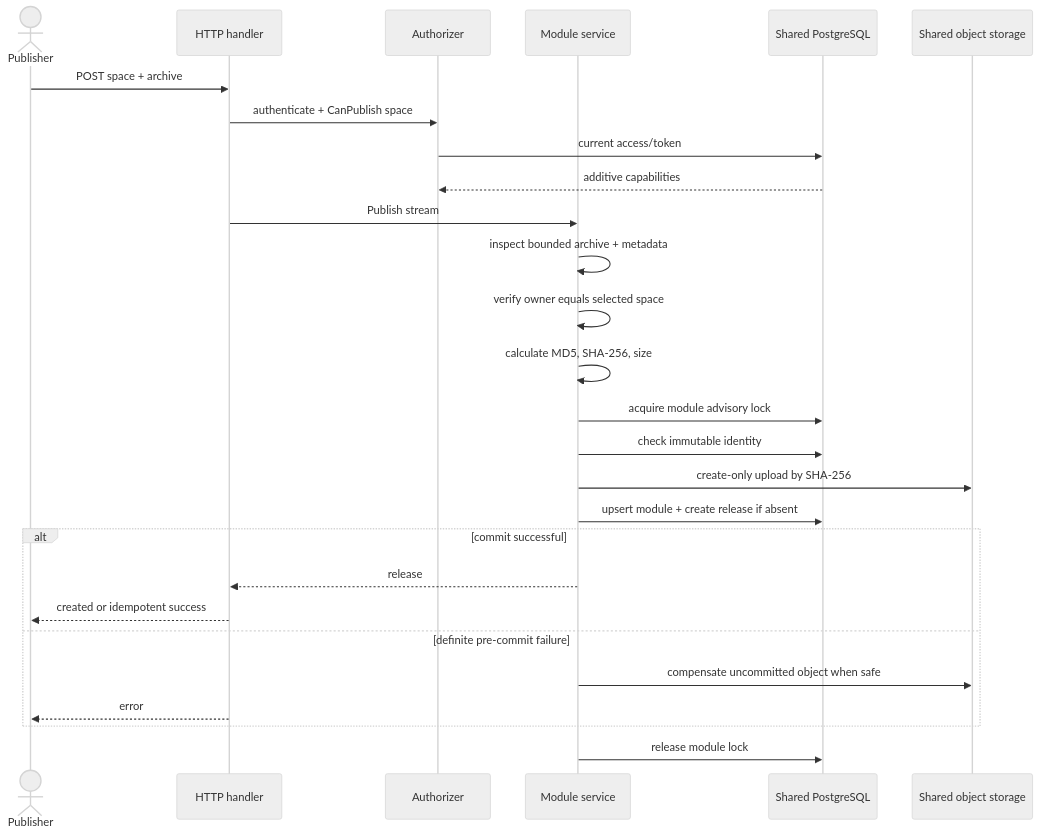
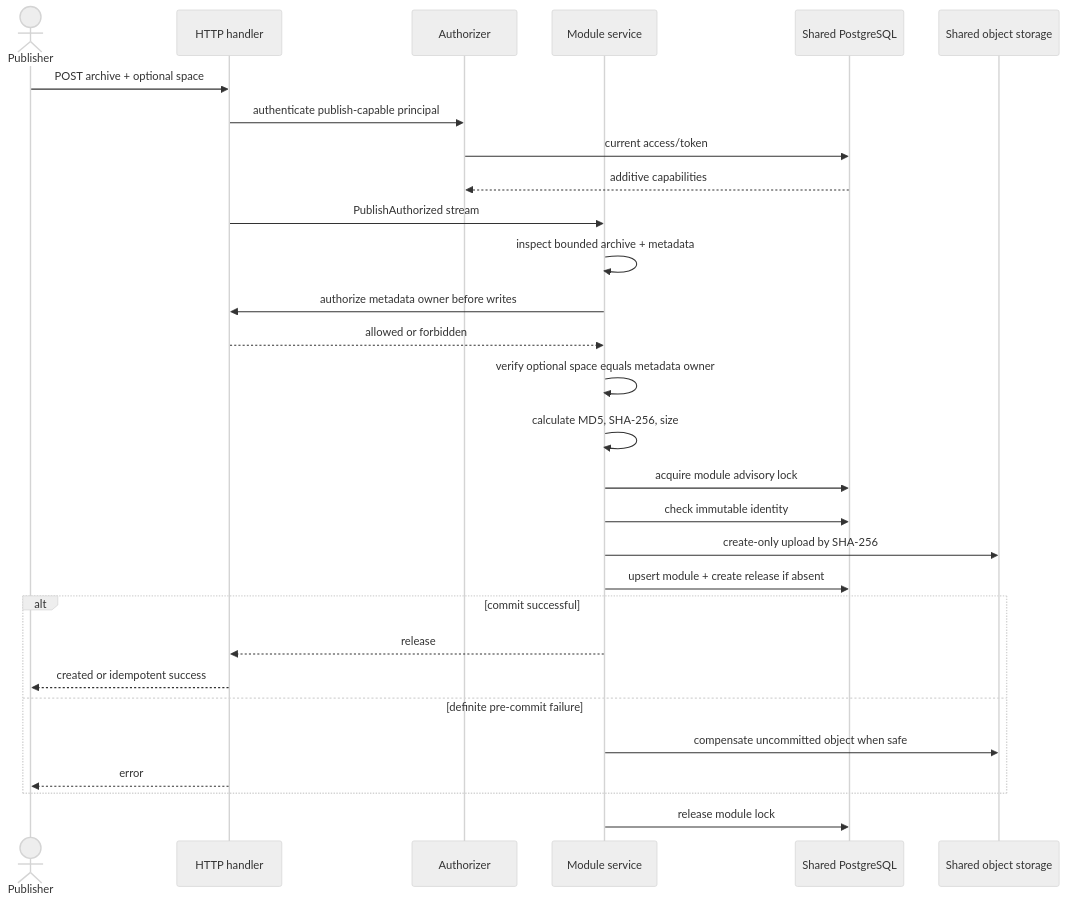
The fourth of 10 diagrams in SCHEMA.uk.md (zxzharmlesszxz/puppet-forge), drawn with Mermaid (neutral theme) before and after one commit. The commit also changed other lines of this file and 9 other files, not shown here.

Commit message:
feat(publish): infer space from metadata

````diff
--- a/SCHEMA.uk.md
+++ b/SCHEMA.uk.md
@@ -232,29 +232,31 @@
 ```mermaid
 sequenceDiagram
     actor C as Publisher
     participant H as HTTP handler
     participant A as Authorizer
     participant S as Module service
     participant DB as Shared PostgreSQL
     participant O as Shared object storage
-    C->>H: POST space + archive
-    H->>A: authenticate + CanPublish space
+    C->>H: POST archive + optional space
+    H->>A: authenticate publish-capable principal
     A->>DB: current access/token
     DB-->>A: additive capabilities
-    H->>S: Publish stream
+    H->>S: PublishAuthorized stream
     S->>S: inspect bounded archive + metadata
-    S->>S: verify owner equals selected space
+    S->>H: authorize metadata owner before writes
+    H-->>S: allowed or forbidden
+    S->>S: verify optional space equals metadata owner
     S->>S: calculate MD5, SHA-256, size
     S->>DB: acquire module advisory lock
     S->>DB: check immutable identity
     S->>O: create-only upload by SHA-256
     S->>DB: upsert module + create release if absent
     alt commit successful
         S-->>H: release
         H-->>C: created or idempotent success
     else definite pre-commit failure
         S->>O: compensate uncommitted object when safe
         H-->>C: error
     end
     S->>DB: release module lock
 ```
````
